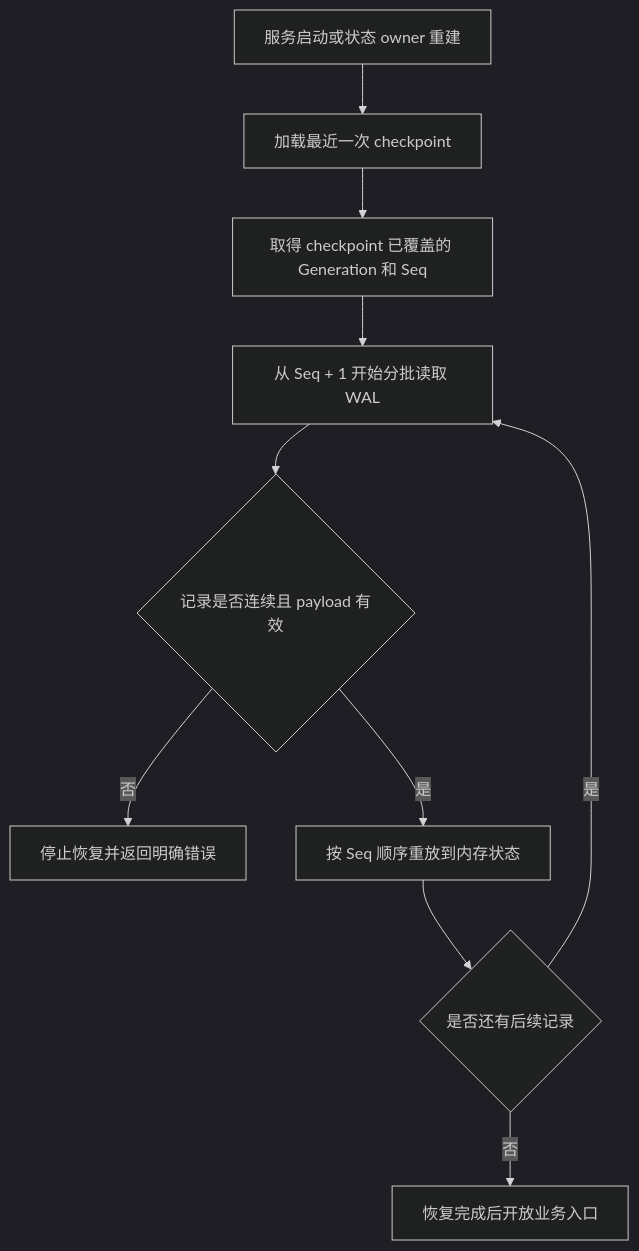
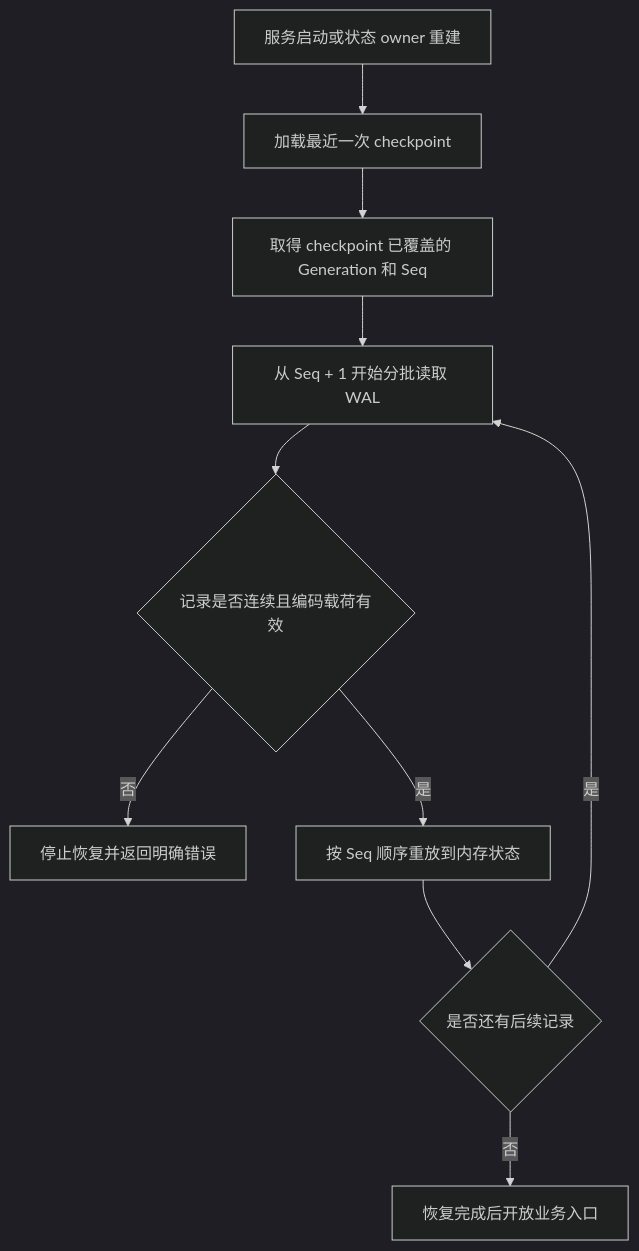
Before and after one commit to ngnl47/tx: the second of 2 diagrams in README.md, drawn with Mermaid (dark theme). The commit also changed other lines of this file and 7 other files, not shown here.

First line of the commit message:
docs(architecture): 收敛文档职责与框架术语

````diff
--- a/README.md
+++ b/README.md
@@ -3563,12 +3563,12 @@
 ```mermaid
 flowchart TD
     A[服务启动或状态 owner 重建] --> B[加载最近一次 checkpoint]
     B --> C[取得 checkpoint 已覆盖的 Generation 和 Seq]
     C --> D[从 Seq + 1 开始分批读取 WAL]
-    D --> E{记录是否连续且 payload 有效}
+    D --> E{记录是否连续且编码载荷有效}
     E -->|否| F[停止恢复并返回明确错误]
     E -->|是| G[按 Seq 顺序重放到内存状态]
     G --> H{是否还有后续记录}
     H -->|是| D
     H -->|否| I[恢复完成后开放业务入口]
 ```
````
